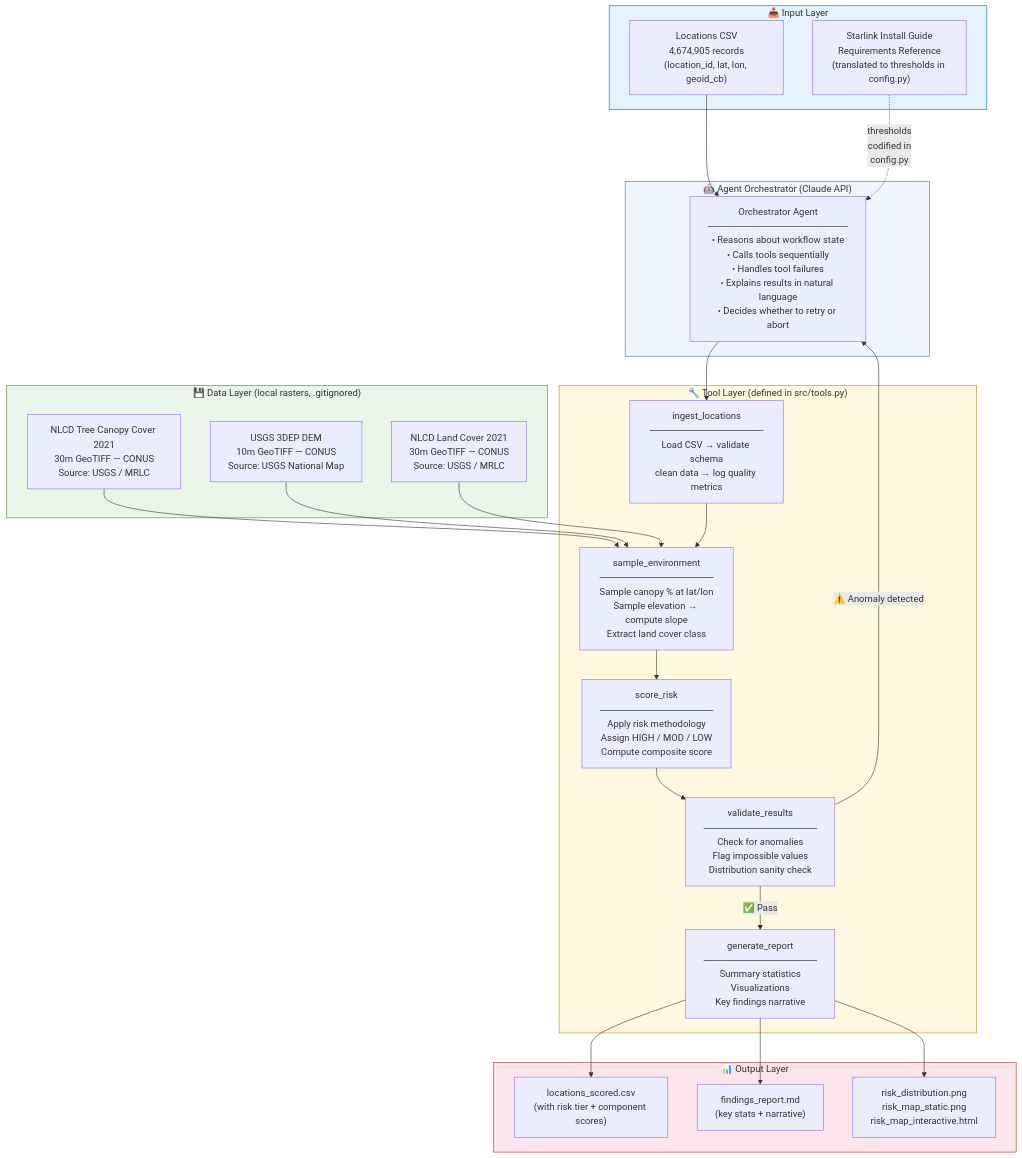
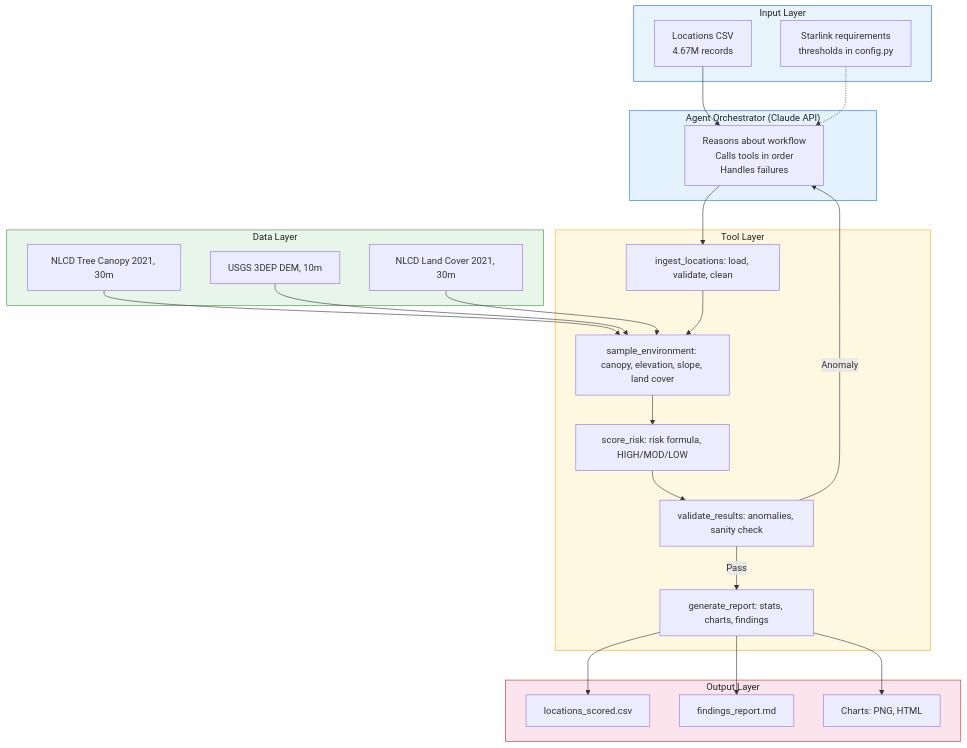
The first of 2 diagrams in docs/architecture.md (ayushgawai/Ready_Builders_Challenge), drawn with Mermaid before and after one commit. The commit also changed other lines of this file and 8 other files, not shown here.

Commit message:
diagrams added

````diff
--- a/docs/architecture.md
+++ b/docs/architecture.md
@@ -21,52 +30,52 @@
 ```mermaid
 flowchart TB
-    subgraph Input["📥 Input Layer"]
-        CSV["Locations CSV\n4,674,905 records\n(location_id, lat, lon, geoid_cb)"]
-        GUIDE["Starlink Install Guide\nRequirements Reference\n(translated to thresholds in config.py)"]
+    subgraph Input["Input Layer"]
+        CSV["Locations CSV<br/>4.67M records"]
+        GUIDE["Starlink requirements<br/>thresholds in config.py"]
     end
 
-    subgraph Agent["🤖 Agent Orchestrator (Claude API)"]
-        ORCH["Orchestrator Agent\n─────────────────────\n• Reasons about workflow state\n• Calls tools sequentially\n• Handles tool failures\n• Explains results in natural language\n• Decides whether to retry or abort"]
+    subgraph Agent["Agent Orchestrator (Claude API)"]
+        ORCH["Reasons about workflow<br/>Calls tools in order<br/>Handles failures"]
     end
 
-    subgraph Tools["🔧 Tool Layer  (defined in src/tools.py)"]
-        T1["ingest_locations\n─────────────────\nLoad CSV → validate schema\nclean data → log quality metrics"]
-        T2["sample_environment\n─────────────────\nSample canopy % at lat/lon\nSample elevation → compute slope\nExtract land cover class"]
-        T3["score_risk\n─────────────────\nApply risk methodology\nAssign HIGH / MOD / LOW\nCompute composite score"]
-        T4["validate_results\n─────────────────\nCheck for anomalies\nFlag impossible values\nDistribution sanity check"]
-        T5["generate_report\n─────────────────\nSummary statistics\nVisualizations\nKey findings narrative"]
+    subgraph Tools["Tool Layer"]
+        T1["ingest_locations: load, validate, clean"]
+        T2["sample_environment: canopy, elevation, slope, land cover"]
+        T3["score_risk: risk formula, HIGH/MOD/LOW"]
+        T4["validate_results: anomalies, sanity check"]
+        T5["generate_report: stats, charts, findings"]
     end
 
-    subgraph Data["💾 Data Layer  (local rasters, .gitignored)"]
-        NLCD_TCC["NLCD Tree Canopy Cover 2021\n30m GeoTIFF — CONUS\nSource: USGS / MRLC"]
-        DEM["USGS 3DEP DEM\n10m GeoTIFF — CONUS\nSource: USGS National Map"]
-        NLCD_LC["NLCD Land Cover 2021\n30m GeoTIFF — CONUS\nSource: USGS / MRLC"]
+    subgraph Data["Data Layer"]
+        NLCD_TCC["NLCD Tree Canopy 2021, 30m"]
+        DEM["USGS 3DEP DEM, 10m"]
+        NLCD_LC["NLCD Land Cover 2021, 30m"]
     end
 
-    subgraph Output["📊 Output Layer"]
-        SCORED["locations_scored.csv\n(with risk tier + component scores)"]
-        REPORT["findings_report.md\n(key stats + narrative)"]
-        VIZ["risk_distribution.png\nrisk_map_static.png\nrisk_map_interactive.html"]
+    subgraph Output["Output Layer"]
+        SCORED["locations_scored.csv"]
+        REPORT["findings_report.md"]
+        VIZ["Charts: PNG, HTML"]
     end
 
     CSV --> ORCH
-    GUIDE -.->|"thresholds\ncodified in\nconfig.py"| ORCH
+    GUIDE -.-> ORCH
     ORCH --> T1
     T1 --> T2
     NLCD_TCC --> T2
     DEM --> T2
     NLCD_LC --> T2
     T2 --> T3
     T3 --> T4
-    T4 -->|"✅ Pass"| T5
-    T4 -->|"⚠️ Anomaly detected"| ORCH
+    T4 -->|Pass| T5
+    T4 -->|Anomaly| ORCH
     T5 --> SCORED
     T5 --> REPORT
     T5 --> VIZ
 
-    style Input fill:#e3f2fd,stroke:#1565C0
-    style Agent fill:#f0f4ff,stroke:#2E75B6
-    style Tools fill:#fff8e1,stroke:#BF8F00
-    style Data fill:#e8f5e9,stroke:#548235
-    style Output fill:#fce4ec,stroke:#C62828
+    style Input fill:#e8f4fc,stroke:#1565c0,color:#222
+    style Agent fill:#e3f2fd,stroke:#1976d2,color:#222
+    style Tools fill:#fff8e1,stroke:#f9a825,color:#222
+    style Data fill:#e8f5e9,stroke:#388e3c,color:#222
+    style Output fill:#fce4ec,stroke:#c62828,color:#222
 ```
````
